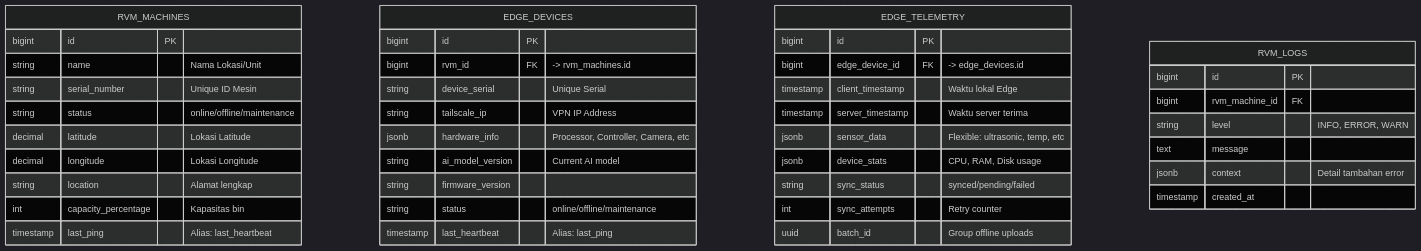
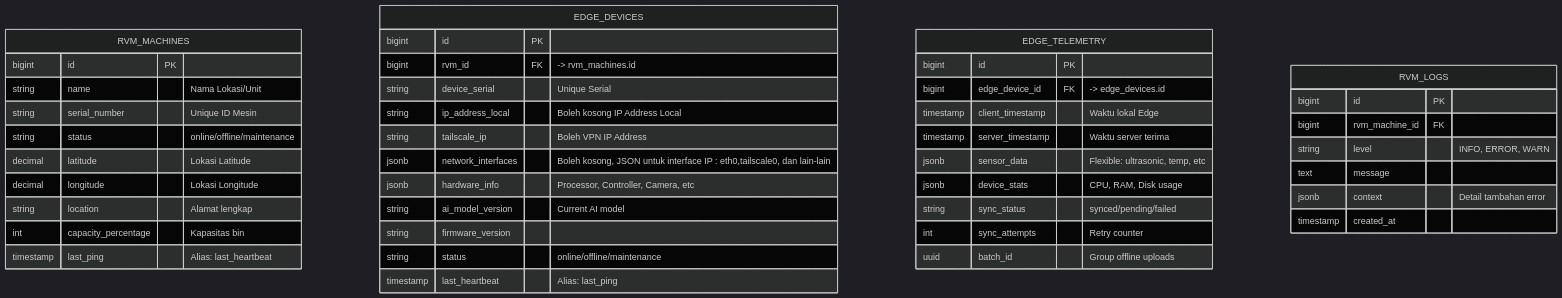
One commit to ngajar-feri/MyRVM1 changed the second of 3 diagrams in Docs/Overview1/4.md. Above: the diagram before and after it, drawn with Mermaid (dark theme). The commit also changed 11 other files, not shown here.

````diff
--- a/Docs/Overview1/4.md
+++ b/Docs/Overview1/4.md
@@ -17,47 +17,49 @@
 ```mermaid
 erDiagram
     RVM_MACHINES {
         bigint id PK
         string name "Nama Lokasi/Unit"
         string serial_number "Unique ID Mesin"
         string status "online/offline/maintenance"
         decimal latitude "Lokasi Latitude"
         decimal longitude "Lokasi Longitude"
         string location "Alamat lengkap"
         int capacity_percentage "Kapasitas bin"
         timestamp last_ping "Alias: last_heartbeat"
     }
 
     EDGE_DEVICES {
         bigint id PK
         bigint rvm_id FK "-> rvm_machines.id"
         string device_serial "Unique Serial"
-        string tailscale_ip "VPN IP Address"
+        string ip_address_local "Boleh kosong IP Address Local"
+        string tailscale_ip "Boleh VPN IP Address"
+        jsonb network_interfaces "Boleh kosong, JSON untuk interface IP : eth0,tailscale0, dan lain-lain"
         jsonb hardware_info "Processor, Controller, Camera, etc"
         string ai_model_version "Current AI model"
         string firmware_version
         string status "online/offline/maintenance"
         timestamp last_heartbeat "Alias: last_ping"
     }
 
     EDGE_TELEMETRY {
         bigint id PK
         bigint edge_device_id FK "-> edge_devices.id"
         timestamp client_timestamp "Waktu lokal Edge"
         timestamp server_timestamp "Waktu server terima"
         jsonb sensor_data "Flexible: ultrasonic, temp, etc"
         jsonb device_stats "CPU, RAM, Disk usage"
         string sync_status "synced/pending/failed"
         int sync_attempts "Retry counter"
         uuid batch_id "Group offline uploads"
     }
 
     RVM_LOGS {
         bigint id PK
         bigint rvm_machine_id FK
         string level "INFO, ERROR, WARN"
         text message
         jsonb context "Detail tambahan error"
         timestamp created_at
     }
 ```
````
